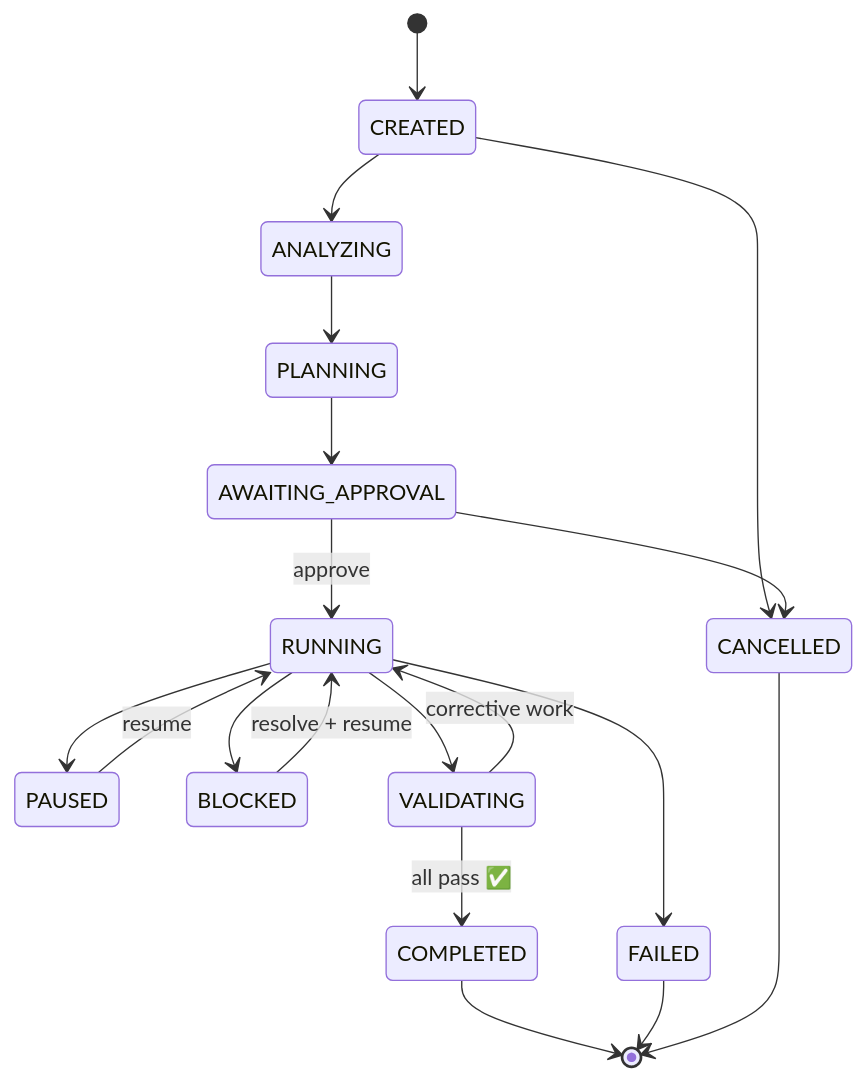
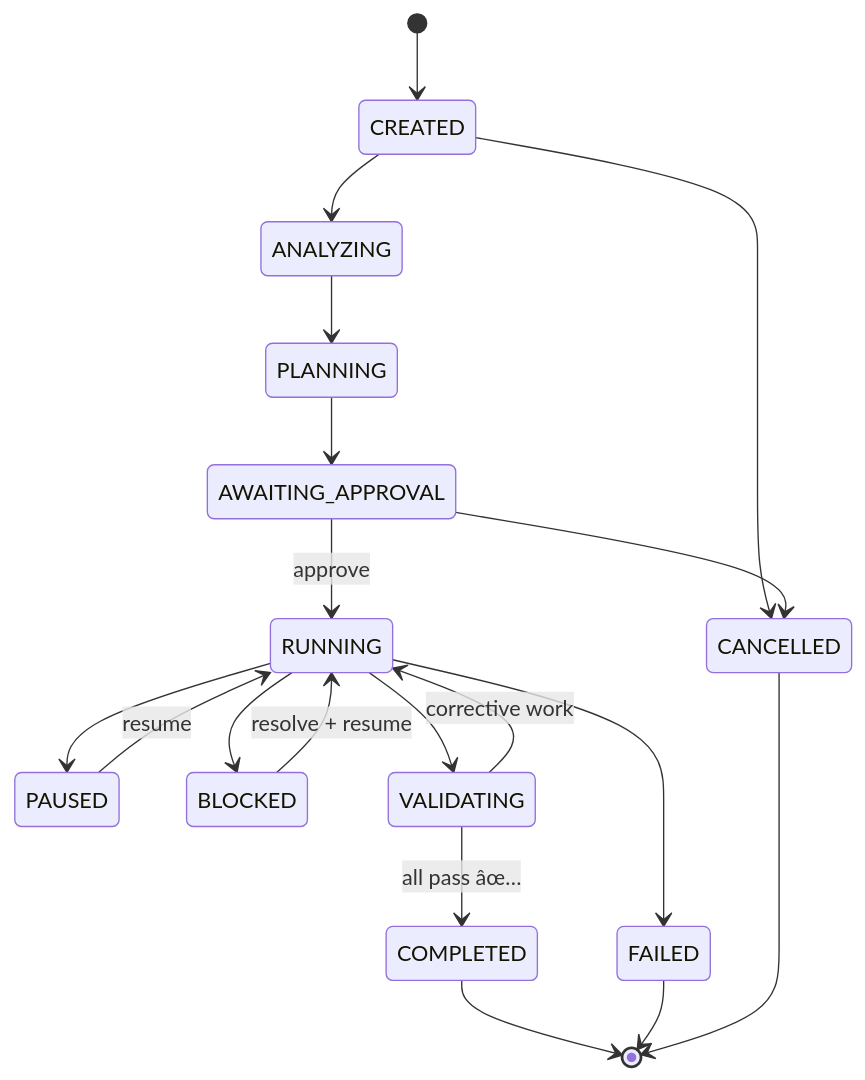
Before and after one commit to cooked-ham/hamgoose: the second of 2 diagrams in README.md, drawn with Mermaid. The commit also changed other lines of this file and 38 other files, not shown here.

````diff
--- a/README.md
+++ b/README.md
@@ -145,21 +145,21 @@
 ```mermaid
 stateDiagram-v2
     [*] --> CREATED
     CREATED --> ANALYZING
     ANALYZING --> PLANNING
     PLANNING --> AWAITING_APPROVAL
     AWAITING_APPROVAL --> RUNNING : approve
     RUNNING --> PAUSED
     RUNNING --> BLOCKED
     PAUSED --> RUNNING : resume
     BLOCKED --> RUNNING : resolve + resume
     RUNNING --> VALIDATING
     VALIDATING --> RUNNING : corrective work
-    VALIDATING --> COMPLETED : all pass ✅
+    VALIDATING --> COMPLETED : all pass âœ…
     CREATED --> CANCELLED
     AWAITING_APPROVAL --> CANCELLED
     RUNNING --> FAILED
     COMPLETED --> [*]
     FAILED --> [*]
     CANCELLED --> [*]
 ```
````
